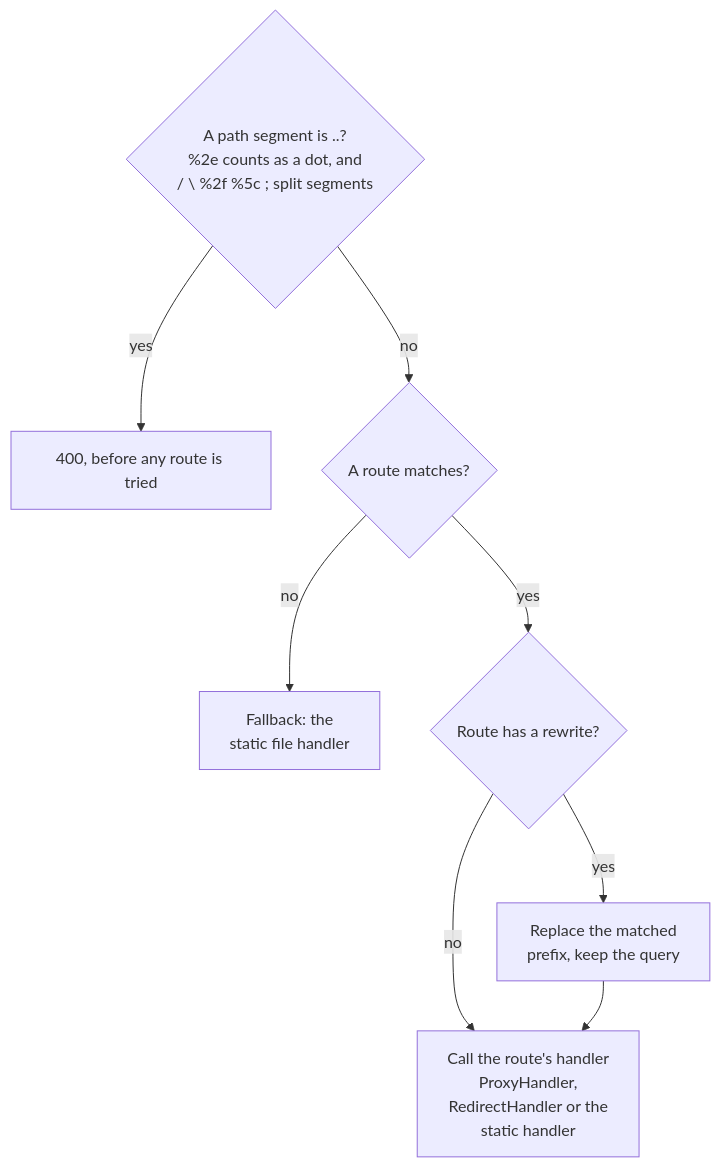
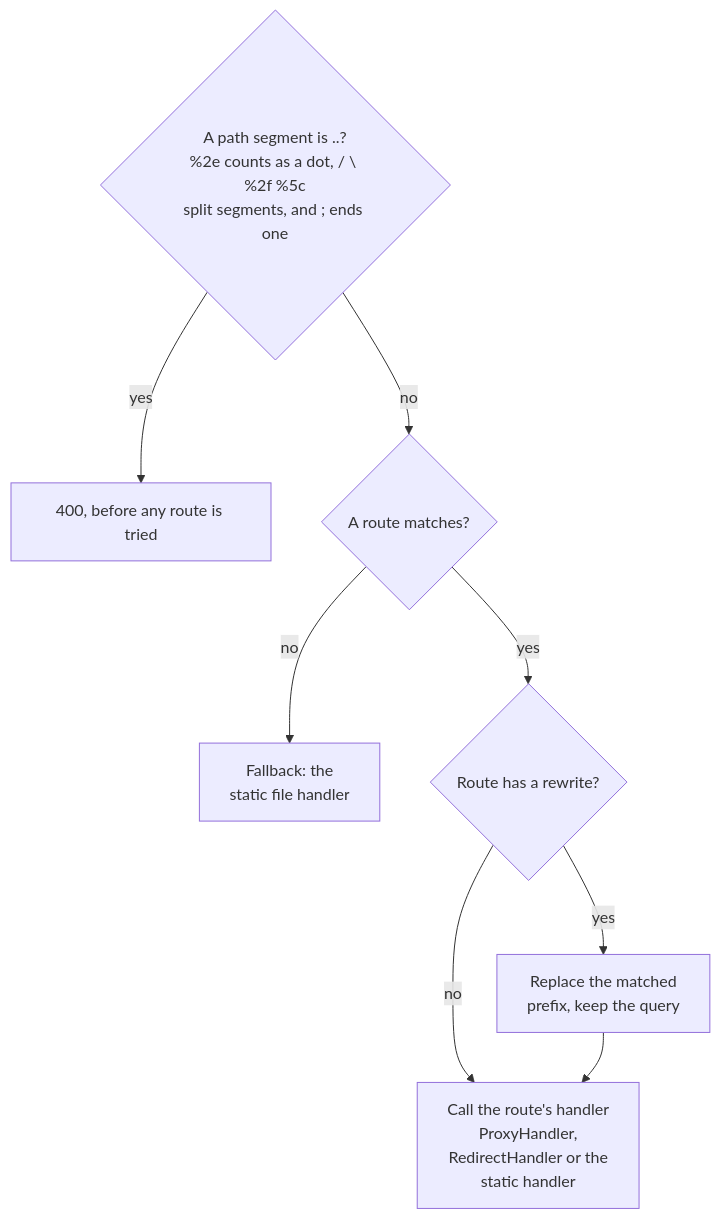
The second of 6 diagrams in docs/design/proxy-routing.md (BlivionIaG/sjws_nettask), drawn with Mermaid before and after one commit. The commit also changed other lines of this file and 1 other file, not shown here.

First line of the commit message:
docs: proxy placement, endpoint balancing and per-endpoint health diagrams

````diff
--- a/docs/design/proxy-routing.md
+++ b/docs/design/proxy-routing.md
@@ -56,10 +61,10 @@
 ```mermaid
 flowchart TD
-    dd{"A path segment is ..?<br/>%2e counts as a dot, and<br/>/ \ %2f %5c ; split segments"} -->|yes| e400["400, before any route is tried"]
+    dd{"A path segment is ..?<br/>%2e counts as a dot, / \ %2f %5c<br/>split segments, and ; ends one"} -->|yes| e400["400, before any route is tried"]
     dd -->|no| m{"A route matches?"}
     m -->|no| fb["Fallback: the<br/>static file handler"]
     m -->|yes| rw{"Route has a rewrite?"}
     rw -->|yes| rq["Replace the matched<br/>prefix, keep the query"]
     rw -->|no| act
     rq --> act["Call the route's handler<br/>ProxyHandler,<br/>RedirectHandler or the<br/>static handler"]
 ```
````
